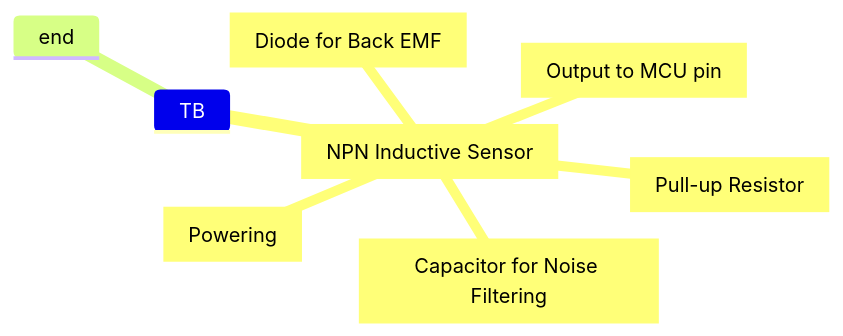
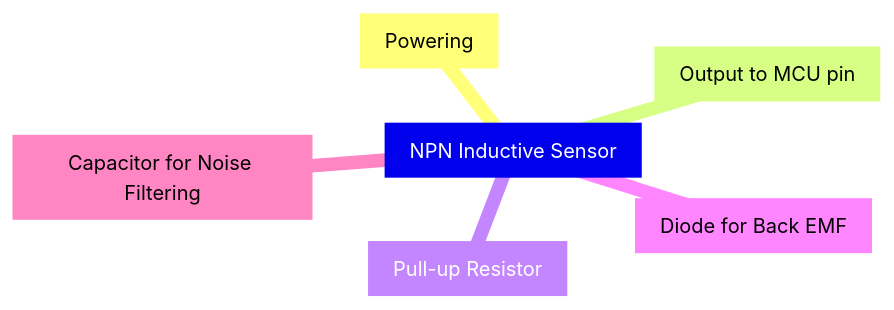
The second of 4 diagrams in Circuit_Design_Task/README.md (mbz4/Technical_Interview), drawn with Mermaid before and after one commit. The commit also changed other lines of this file, not shown here.

Commit message:
update mermaid plot

````diff
--- a/Circuit_Design_Task/README.md
+++ b/Circuit_Design_Task/README.md
@@ -92,10 +91,9 @@
 ```mermaid
-mindmap TB
+mindmap
   subgraph NPN_Sensor [NPN Inductive Sensor]
     Powering[Powering]
     Output[Output to MCU pin]
     Pullup[Pull-up Resistor]
     DiodeProtection[Diode for Back EMF]
     NoiseFiltering[Capacitor for Noise Filtering]
-  end
 ```
````
